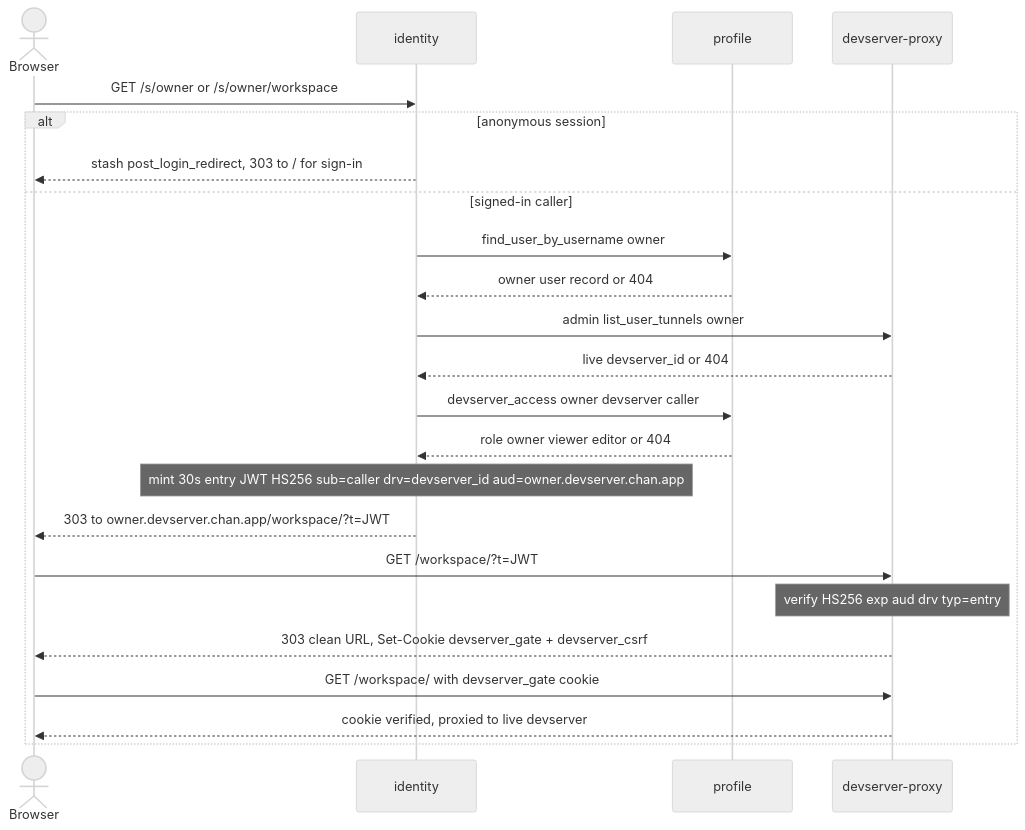
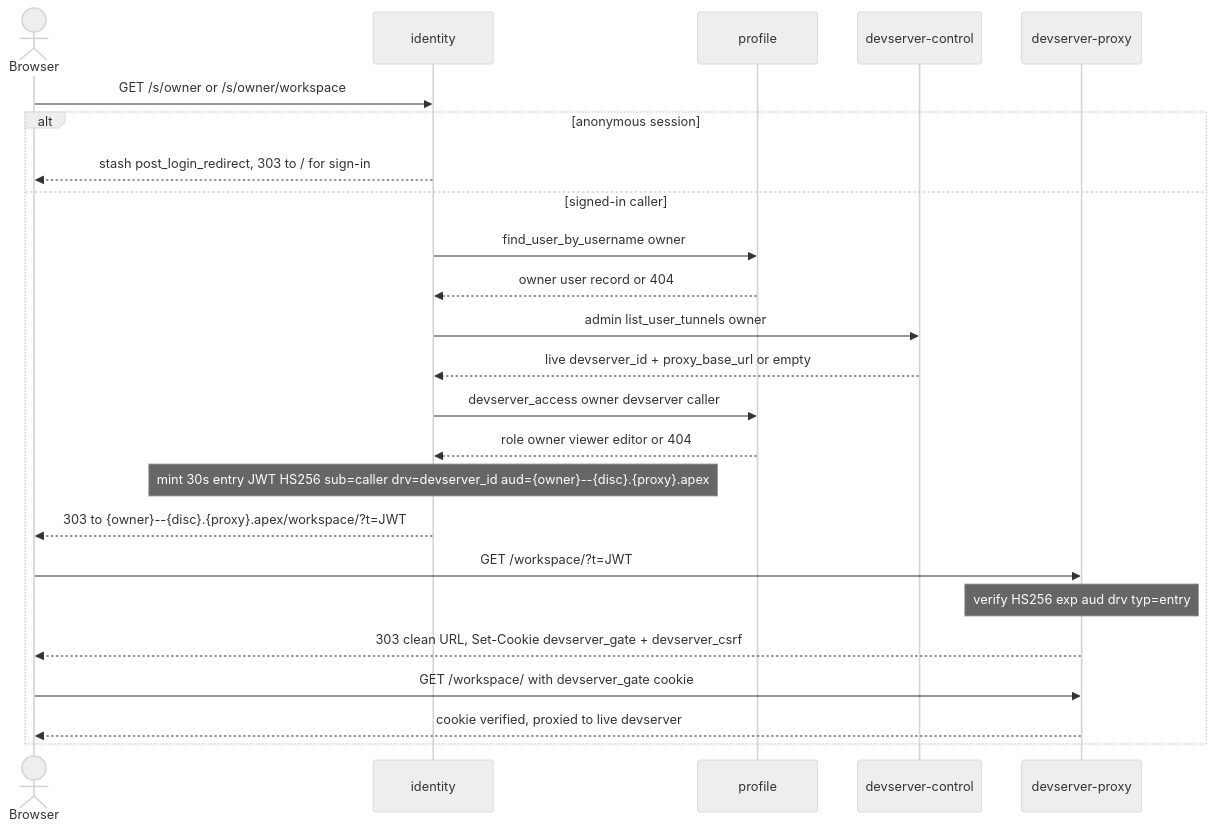
The second of 2 diagrams in gateway/crates/identity/design.md (likewhatevs/chan), drawn with Mermaid (neutral theme) before and after one commit. The commit also changed other lines of this file and 14 other files, not shown here.

First line of the commit message:
feat(gateway): mint entry origins from the owning proxy node

````diff
--- a/gateway/crates/identity/design.md
+++ b/gateway/crates/identity/design.md
@@ -117,26 +117,27 @@
 ```mermaid
 sequenceDiagram
     actor Browser
     participant ID as identity
     participant Profile as profile
+    participant Control as devserver-control
     participant Proxy as devserver-proxy
 
     Browser->>ID: GET /s/owner or /s/owner/workspace
     alt anonymous session
         ID-->>Browser: stash post_login_redirect, 303 to / for sign-in
     else signed-in caller
         ID->>Profile: find_user_by_username owner
         Profile-->>ID: owner user record or 404
-        ID->>Proxy: admin list_user_tunnels owner
-        Proxy-->>ID: live devserver_id or 404
+        ID->>Control: admin list_user_tunnels owner
+        Control-->>ID: live devserver_id + proxy_base_url or empty
         ID->>Profile: devserver_access owner devserver caller
         Profile-->>ID: role owner viewer editor or 404
-        Note over ID: mint 30s entry JWT HS256 sub=caller drv=devserver_id aud=owner.devserver.chan.app
-        ID-->>Browser: 303 to owner.devserver.chan.app/workspace/?t=JWT
+        Note over ID: mint 30s entry JWT HS256 sub=caller drv=devserver_id aud={owner}--{disc}.{proxy}.apex
+        ID-->>Browser: 303 to {owner}--{disc}.{proxy}.apex/workspace/?t=JWT
         Browser->>Proxy: GET /workspace/?t=JWT
         Note over Proxy: verify HS256 exp aud drv typ=entry
         Proxy-->>Browser: 303 clean URL, Set-Cookie devserver_gate + devserver_csrf
         Browser->>Proxy: GET /workspace/ with devserver_gate cookie
         Proxy-->>Browser: cookie verified, proxied to live devserver
     end
 ```
````
